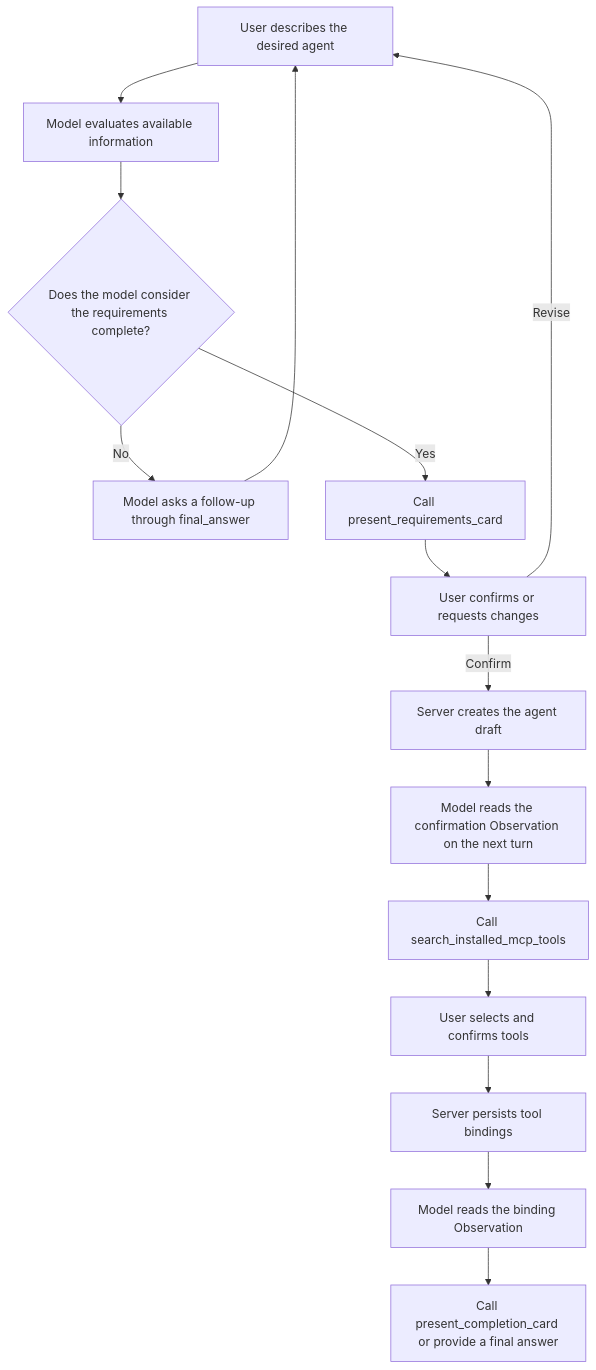
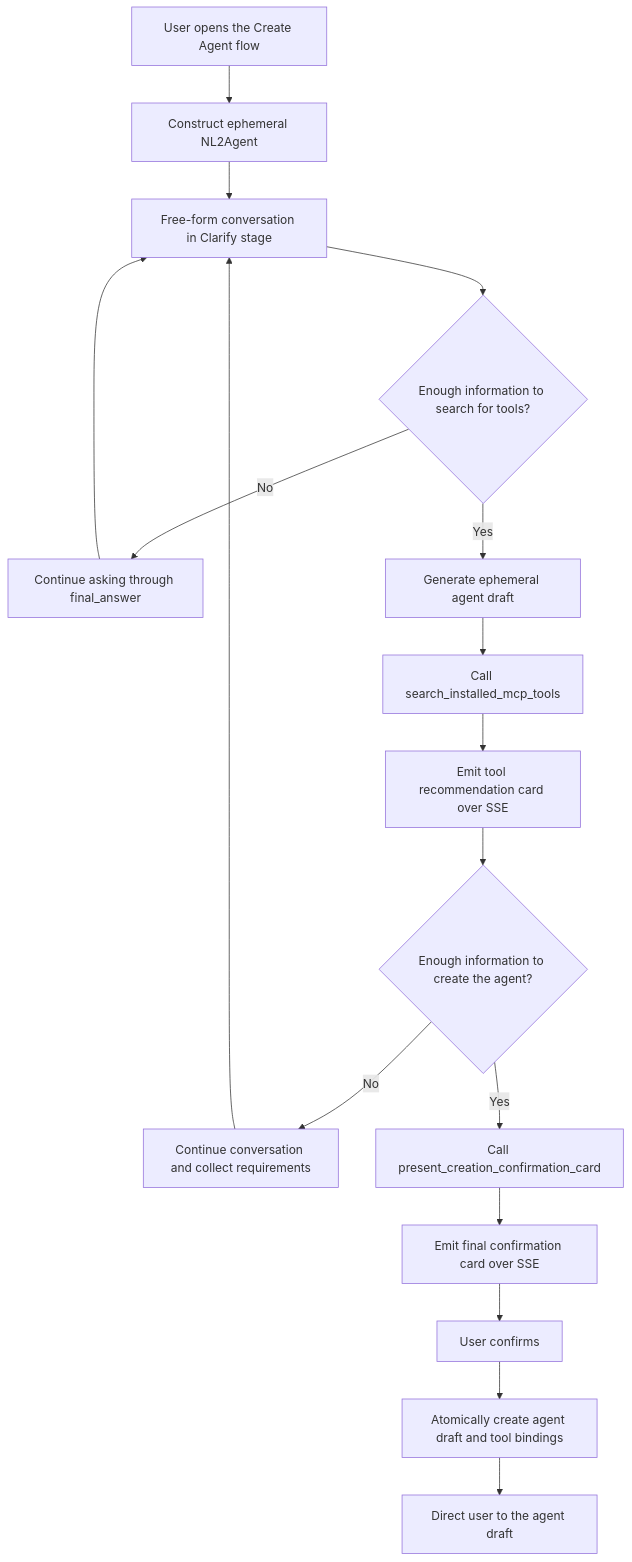
One commit to ModelEngine-Group/nexent changed the diagram in doc/nl2agent-design.md. Above: the diagram before and after it, drawn with Mermaid. The commit also changed other lines of this file and 1 other file, not shown here.

Commit message:
📝 Docs: Redesign NL2Agent as ephemeral agent

````diff
--- a/doc/nl2agent-design.md
+++ b/doc/nl2agent-design.md
@@ -64,17 +76,19 @@
 ```mermaid
 flowchart TD
-    A[User describes the desired agent] --> B[Model evaluates available information]
-    B --> C{Does the model consider the requirements complete?}
-    C -- No --> D[Model asks a follow-up through final_answer]
-    D --> A
-    C -- Yes --> E[Call present_requirements_card]
-    E --> F[User confirms or requests changes]
-    F -- Revise --> A
-    F -- Confirm --> G[Server creates the agent draft]
-    G --> H[Model reads the confirmation Observation on the next turn]
-    H --> I[Call search_installed_mcp_tools]
-    I --> J[User selects and confirms tools]
-    J --> K[Server persists tool bindings]
-    K --> L[Model reads the binding Observation]
-    L --> M[Call present_completion_card or provide a final answer]
+    A[User opens the Create Agent flow] --> B[Construct ephemeral NL2Agent]
+    B --> C[Free-form conversation in Clarify stage]
+    C --> D{Enough information to search for tools?}
+    D -- No --> E[Continue asking through final_answer]
+    E --> C
+    D -- Yes --> F[Generate ephemeral agent draft]
+    F --> G[Call search_installed_mcp_tools]
+    G --> H[Emit tool recommendation card over SSE]
+    H --> I{Enough information to create the agent?}
+    I -- No --> J[Continue conversation and collect requirements]
+    J --> C
+    I -- Yes --> K[Call present_creation_confirmation_card]
+    K --> L[Emit final confirmation card over SSE]
+    L --> M[User confirms]
+    M --> N[Atomically create agent draft and tool bindings]
+    N --> O[Direct user to the agent draft]
 ```
````
